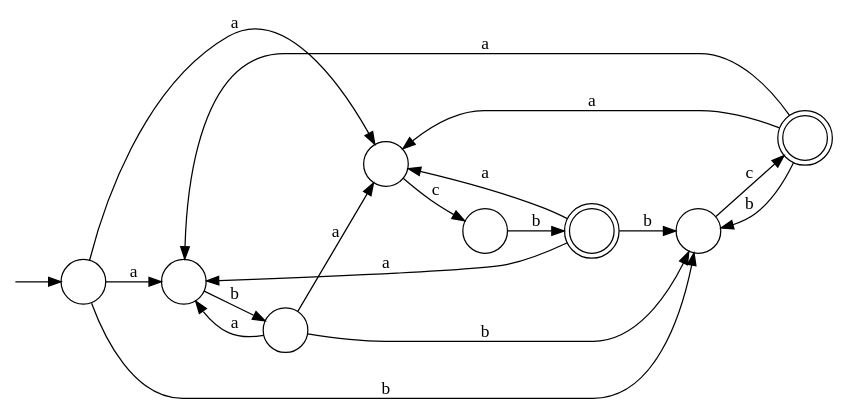
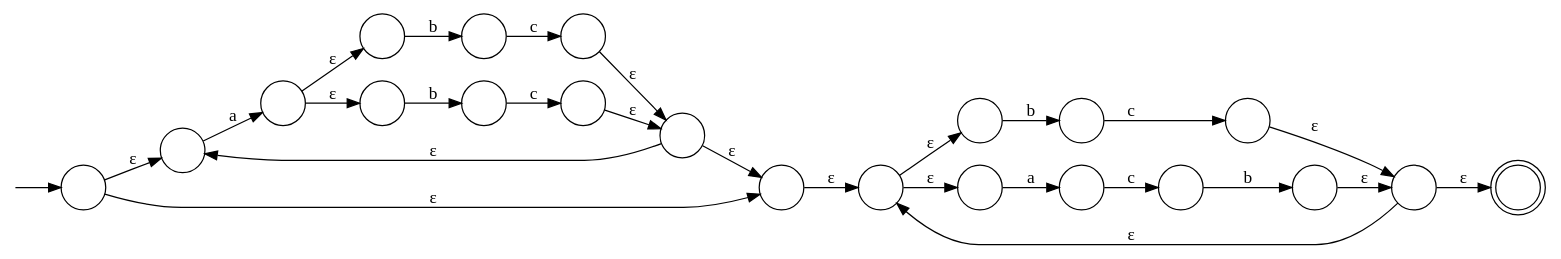
Before and after one commit to water-mizuu/finite_automata_conversion: the diagram in nfa_e.dot, drawn with Graphviz. The commit also changed 8 other files, not shown here.

```diff
--- a/nfa_e.dot
+++ b/nfa_e.dot
@@ -1,29 +1,51 @@
 digraph G {
   rankdir=LR;
   n__ [label="" shape=none width=.0];
   0 [shape=circle label=""];
-  1 [shape=circle label=""];
   2 [shape=circle label=""];
-  3 [shape=circle label=""];
-  4 [shape=doublecircle label=""];
+  4 [shape=circle label=""];
   5 [shape=circle label=""];
   6 [shape=circle label=""];
-  7 [shape=doublecircle label=""];
+  8 [shape=circle label=""];
+  9 [shape=circle label=""];
+  10 [shape=circle label=""];
+  12 [shape=circle label=""];
+  13 [shape=circle label=""];
+  14 [shape=circle label=""];
+  15 [shape=doublecircle label=""];
+  16 [shape=circle label=""];
+  17 [shape=circle label=""];
+  18 [shape=circle label=""];
+  20 [shape=circle label=""];
+  21 [shape=circle label=""];
+  22 [shape=circle label=""];
+  24 [shape=circle label=""];
+  26 [shape=circle label=""];
+  27 [shape=circle label=""];
   n__ -> 0;
-  0 -> 1 [label="a"];
-  0 -> 5 [label="a"];
-  0 -> 3 [label="b"];
-  1 -> 2 [label="b"];
-  2 -> 1 [label="a"];
-  2 -> 5 [label="a"];
-  2 -> 3 [label="b"];
-  3 -> 4 [label="c"];
-  4 -> 1 [label="a"];
-  4 -> 5 [label="a"];
-  4 -> 3 [label="b"];
-  5 -> 6 [label="c"];
-  6 -> 7 [label="b"];
-  7 -> 1 [label="a"];
-  7 -> 5 [label="a"];
-  7 -> 3 [label="b"];
+  2 -> 4 [label="a"];
+  6 -> 8 [label="b"];
+  8 -> 9 [label="c"];
+  10 -> 12 [label="b"];
+  12 -> 13 [label="c"];
+  4 -> 6 [label="ε"];
+  4 -> 10 [label="ε"];
+  9 -> 5 [label="ε"];
+  13 -> 5 [label="ε"];
+  0 -> 2 [label="ε"];
+  0 -> 14 [label="ε"];
+  5 -> 2 [label="ε"];
+  5 -> 14 [label="ε"];
+  18 -> 20 [label="b"];
+  20 -> 21 [label="c"];
+  22 -> 24 [label="a"];
+  24 -> 26 [label="c"];
+  26 -> 27 [label="b"];
+  16 -> 18 [label="ε"];
+  16 -> 22 [label="ε"];
+  21 -> 17 [label="ε"];
+  27 -> 17 [label="ε"];
+  14 -> 16 [label="ε"];
+  17 -> 16 [label="ε"];
+  17 -> 15 [label="ε"];
 }
```
